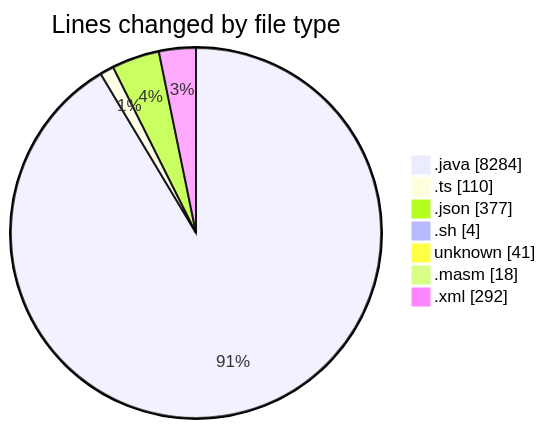
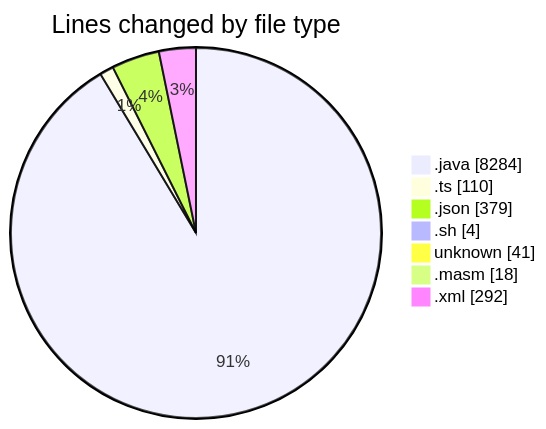
Before and after one commit to charlie-sans/code-tracking: the first of 2 diagrams in 2025-02-20/micros/README.md, drawn with Mermaid. The commit also changed other lines of this file and 1 other file, not shown here.

````diff
--- a/2025-02-20/micros/README.md
+++ b/2025-02-20/micros/README.md
@@ -53,11 +55,11 @@
 ```mermaid
 pie showData
 title Lines changed by file type
 ".java" : 8284
 ".ts" : 110
-".json" : 377
+".json" : 379
 ".sh" : 4
 "unknown" : 41
 ".masm" : 18
 ".xml" : 292
 ```
````
